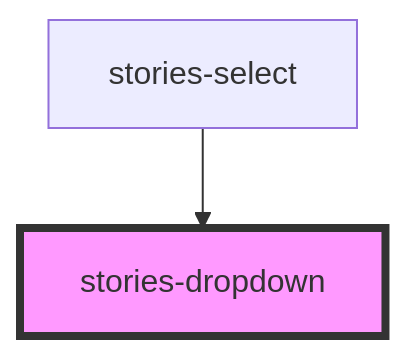
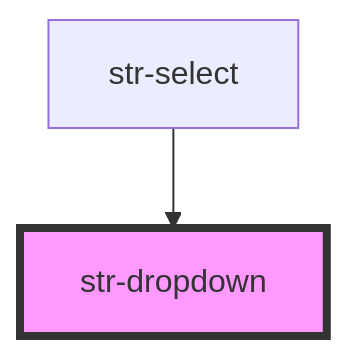
The diagram in packages/core/src/components/dropdown/readme.md (storiesjs/stories), drawn with Mermaid before and after one commit. The commit also changed other lines of this file and 221 other files, not shown here.

Commit message:
Stories prefix rename to str

````diff
--- a/packages/core/src/components/dropdown/readme.md
+++ b/packages/core/src/components/dropdown/readme.md
@@ -90,5 +90,5 @@
 ```mermaid
 graph TD;
-  stories-select --> stories-dropdown
-  style stories-dropdown fill:#f9f,stroke:#333,stroke-width:4px
+  str-select --> str-dropdown
+  style str-dropdown fill:#f9f,stroke:#333,stroke-width:4px
 ```
````
